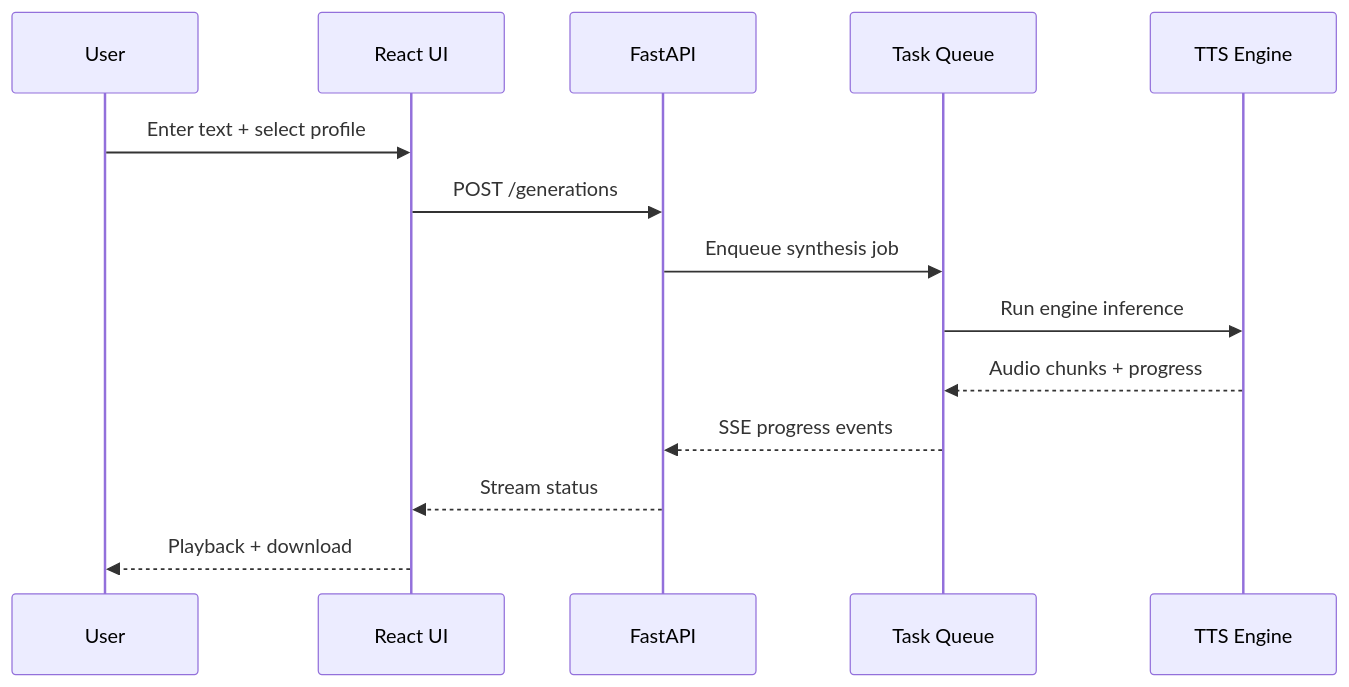
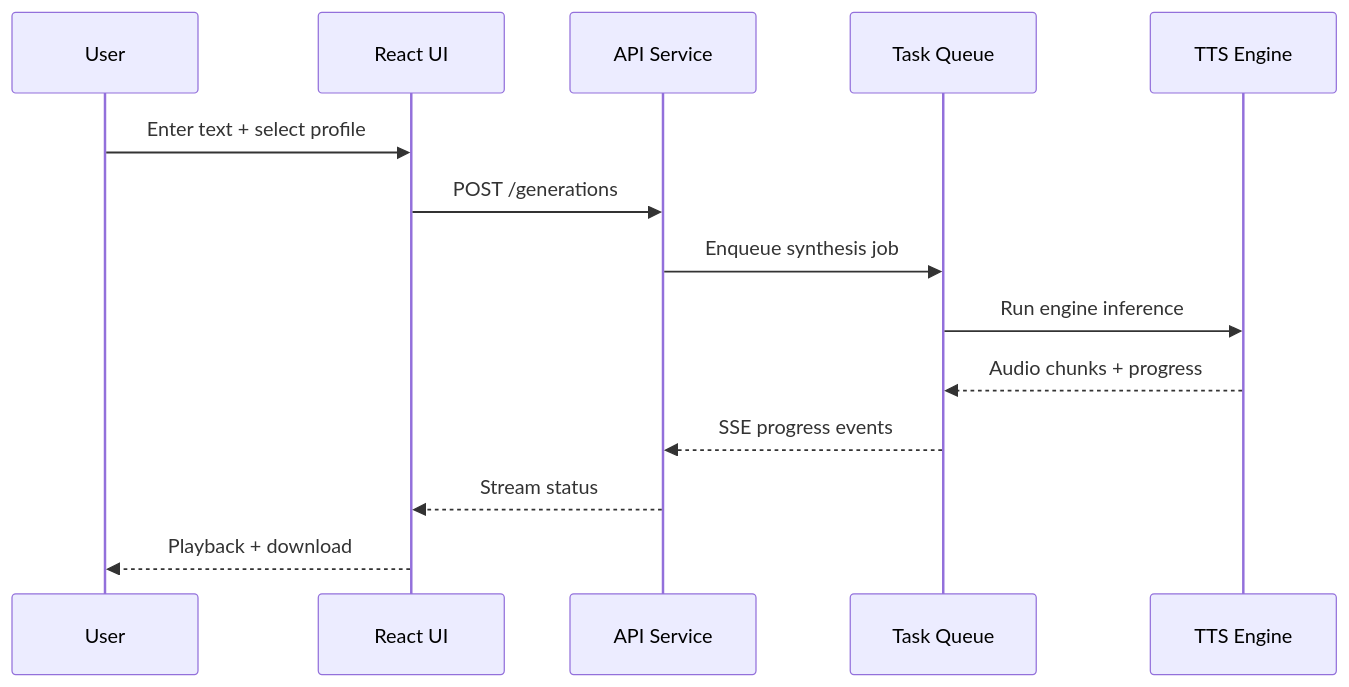
Before and after one commit to h1papc11/voice-mcp-agent: the second of 2 diagrams in README.md, drawn with Mermaid. The commit also changed other lines of this file and 124 other files, not shown here.

````diff
--- a/README.md
+++ b/README.md
@@ -82,17 +82,17 @@
 ```mermaid
 sequenceDiagram
   participant U as User
   participant R as React UI
-  participant F as FastAPI
+  participant F as API Service
   participant Q as Task Queue
   participant E as TTS Engine
 
   U->>R: Enter text + select profile
   R->>F: POST /generations
   F->>Q: Enqueue synthesis job
   Q->>E: Run engine inference
   E-->>Q: Audio chunks + progress
   Q-->>F: SSE progress events
   F-->>R: Stream status
   R-->>U: Playback + download
 ```
````
